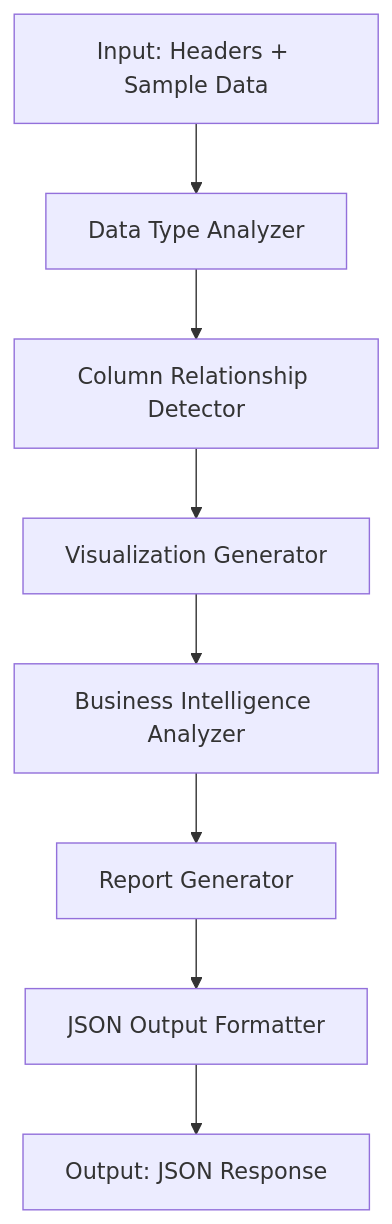
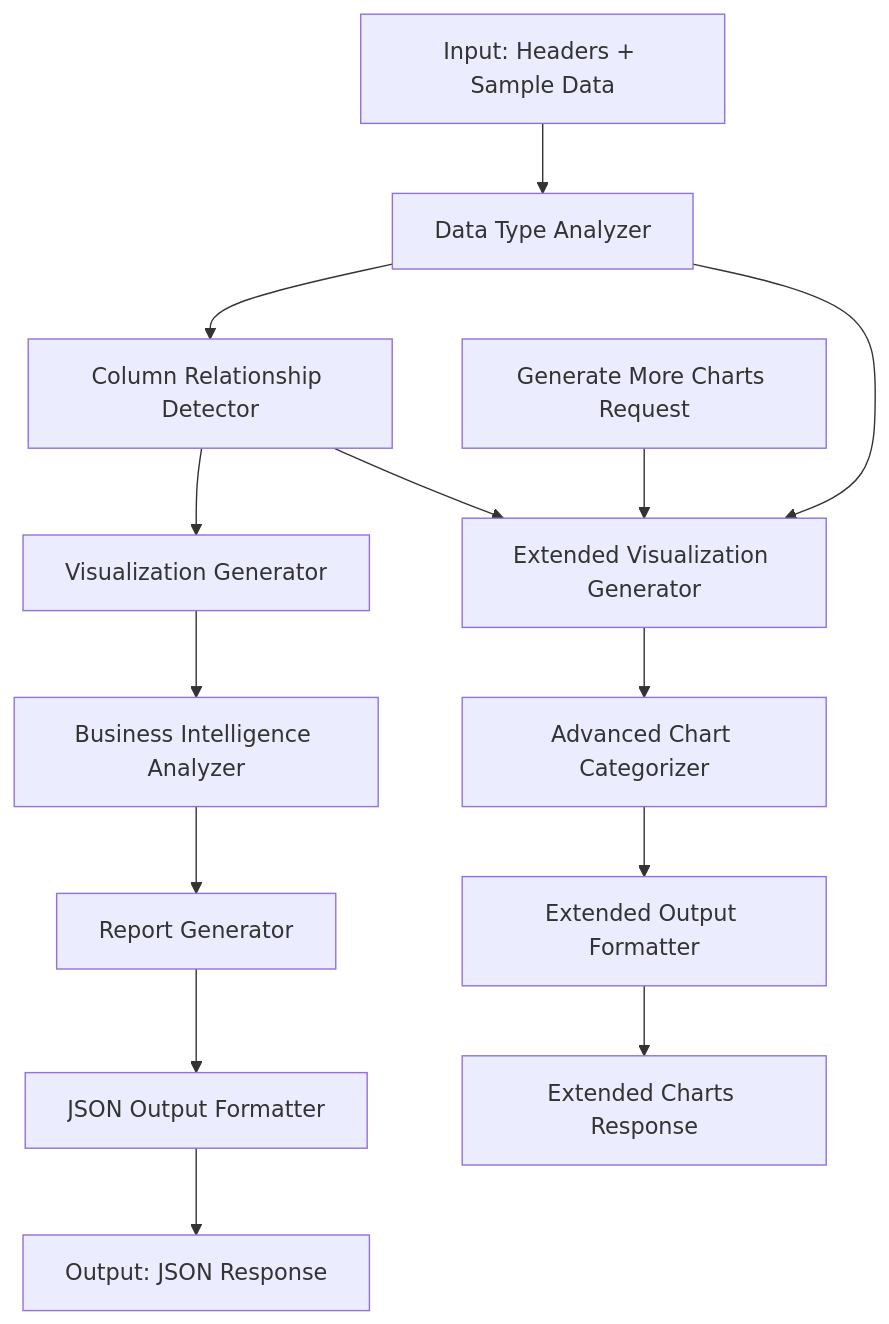
The diagram in .kiro/specs/senior-data-analyst-ai/design.md (abdullah-binmadhi/CSVAnalyzer), drawn with Mermaid before and after one commit. The commit also changed other lines of this file and 4 other files, not shown here.

First line of the commit message:
Enhanced chart generation: comprehensive coverage and Generate More Charts functionality

````diff
--- a/.kiro/specs/senior-data-analyst-ai/design.md
+++ b/.kiro/specs/senior-data-analyst-ai/design.md
@@ -13,10 +13,18 @@
 ```mermaid
 graph TD
     A[Input: Headers + Sample Data] --> B[Data Type Analyzer]
     B --> C[Column Relationship Detector]
     C --> D[Visualization Generator]
     D --> E[Business Intelligence Analyzer]
     E --> F[Report Generator]
     F --> G[JSON Output Formatter]
     G --> H[Output: JSON Response]
+    
+    I[Generate More Charts Request] --> J[Extended Visualization Generator]
+    J --> K[Advanced Chart Categorizer]
+    K --> L[Extended Output Formatter]
+    L --> M[Extended Charts Response]
+    
+    B --> J
+    C --> J
 ```
````
